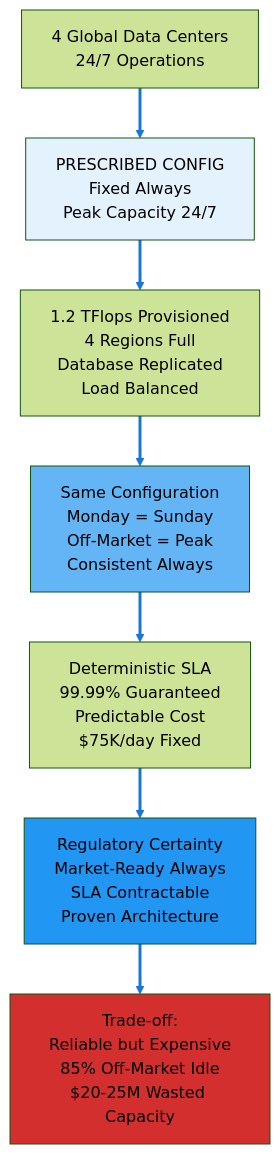
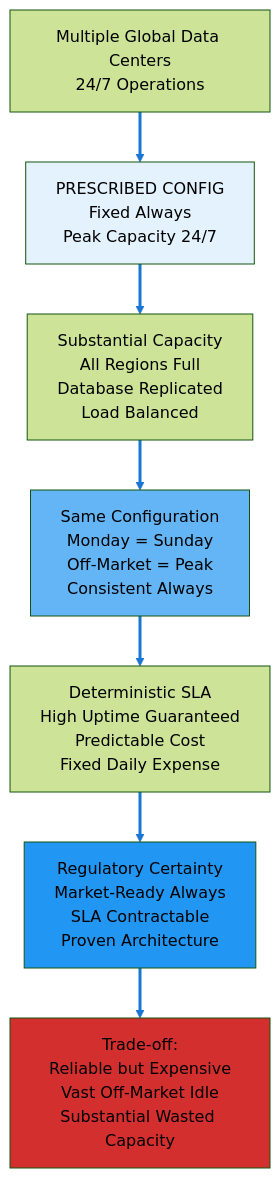
One commit to whatevergeek/agentic_vs_deterministic changed the fifth of 6 diagrams in debate_shortlisted_topics_slide_prep-topic4&6-usecase-set04-v2.md. Above: the diagram before and after it, drawn with Mermaid (forest theme). The commit also changed other lines of this file, not shown here.

````diff
--- a/debate_shortlisted_topics_slide_prep-topic4&6-usecase-set04-v2.md
+++ b/debate_shortlisted_topics_slide_prep-topic4&6-usecase-set04-v2.md
@@ -199,16 +199,16 @@
 ```mermaid
 graph TD
-    A["4 Global Data Centers<br/>24/7 Operations"] --> B["PRESCRIBED CONFIG<br/>Fixed Always<br/>Peak Capacity 24/7"]
-    B --> C["1.2 TFlops Provisioned<br/>4 Regions Full<br/>Database Replicated<br/>Load Balanced"]
+    A["Multiple Global Data Centers<br/>24/7 Operations"] --> B["PRESCRIBED CONFIG<br/>Fixed Always<br/>Peak Capacity 24/7"]
+    B --> C["Substantial Capacity<br/>All Regions Full<br/>Database Replicated<br/>Load Balanced"]
     C --> D["Same Configuration<br/>Monday = Sunday<br/>Off-Market = Peak<br/>Consistent Always"]
-    D --> E["Deterministic SLA<br/>99.99% Guaranteed<br/>Predictable Cost<br/>$75K/day Fixed"]
+    D --> E["Deterministic SLA<br/>High Uptime Guaranteed<br/>Predictable Cost<br/>Fixed Daily Expense"]
     E --> F["Regulatory Certainty<br/>Market-Ready Always<br/>SLA Contractable<br/>Proven Architecture"]
-    F --> G["Trade-off:<br/>Reliable but Expensive<br/>85% Off-Market Idle<br/>$20-25M Wasted Capacity"]
+    F --> G["Trade-off:<br/>Reliable but Expensive<br/>Vast Off-Market Idle<br/>Substantial Wasted Capacity"]
     
     style B fill:#e3f2fd
     style D fill:#64b5f6
     style F fill:#2196f3
     style G fill:#d32f2f
     
     linkStyle 0,1,2,3,4,5 stroke:#1976d2,stroke-width:3px
 ```
````
